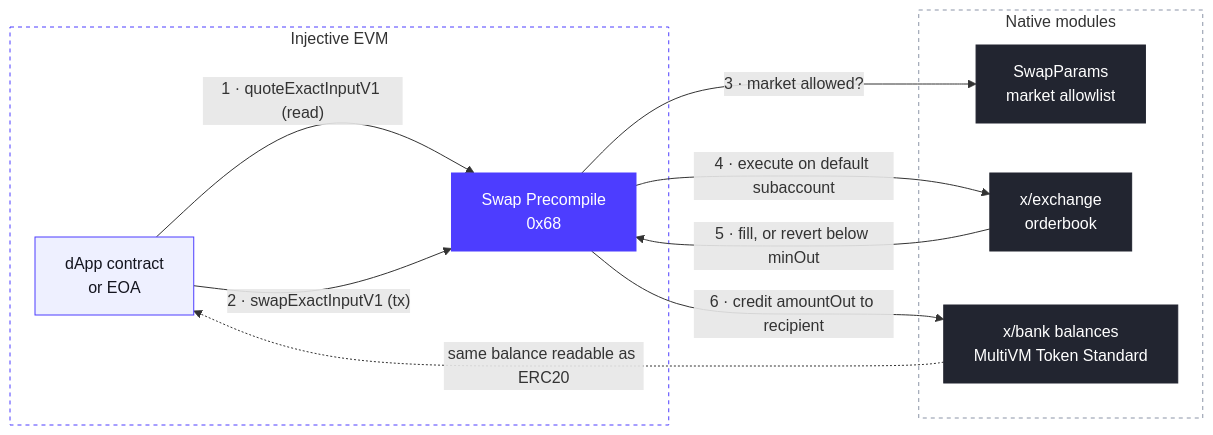
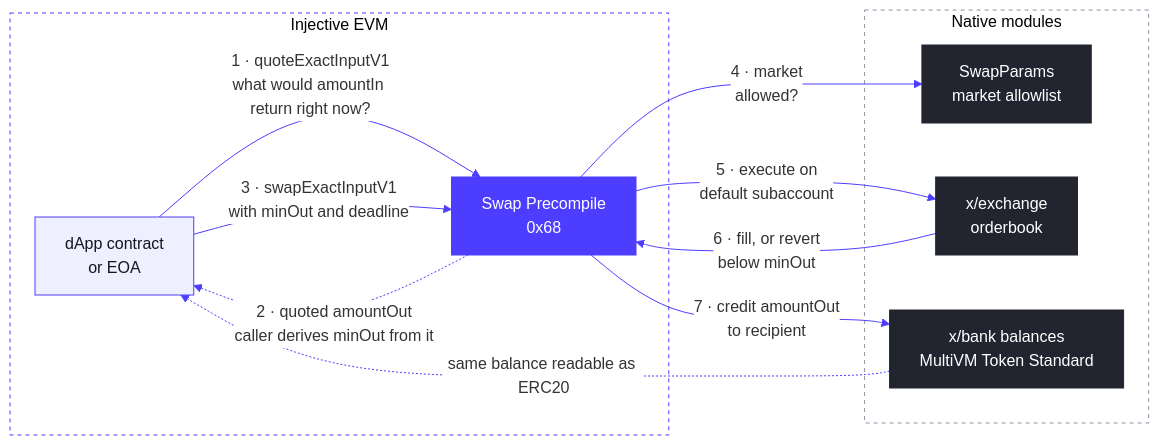
The diagram in .gitbook/developers-evm/swap-precompile.mdx (InjectiveLabs/injective-docs), drawn with Mermaid before and after one commit. The commit also changed other lines of this file, not shown here.

````diff
--- a/.gitbook/developers-evm/swap-precompile.mdx
+++ b/.gitbook/developers-evm/swap-precompile.mdx
@@ -16,28 +16,30 @@
 ```mermaid
+%%{init: {"theme": "base", "themeVariables": {"background": "#FFFFFF", "primaryColor": "#FFFFFF", "lineColor": "#4D3DFF", "textColor": "#14151F"}}}%%
 flowchart LR
     subgraph EVM["Injective EVM"]
         CALLER["dApp contract<br/>or EOA"]
         SWAP["Swap Precompile<br/>0x68"]
     end
     subgraph NATIVE["Native modules"]
         PARAMS["SwapParams<br/>market allowlist"]
         EXCH["x/exchange<br/>orderbook"]
         BANK["x/bank balances<br/>MultiVM Token Standard"]
     end
-    CALLER -->|"1 · quoteExactInputV1 (read)"| SWAP
-    CALLER -->|"2 · swapExactInputV1 (tx)"| SWAP
-    SWAP -->|"3 · market allowed?"| PARAMS
-    SWAP -->|"4 · execute on default subaccount"| EXCH
-    EXCH -->|"5 · fill, or revert below minOut"| SWAP
-    SWAP -->|"6 · credit amountOut to recipient"| BANK
+    CALLER -->|"1 · quoteExactInputV1<br/>what would amountIn return right now?"| SWAP
+    SWAP -.->|"2 · quoted amountOut<br/>caller derives minOut from it"| CALLER
+    CALLER -->|"3 · swapExactInputV1<br/>with minOut and deadline"| SWAP
+    SWAP -->|"4 · market<br/>allowed?"| PARAMS
+    SWAP -->|"5 · execute on<br/>default subaccount"| EXCH
+    EXCH -->|"6 · fill, or revert<br/>below minOut"| SWAP
+    SWAP -->|"7 · credit amountOut<br/>to recipient"| BANK
     BANK -.->|"same balance readable as ERC20"| CALLER
 
     classDef caller fill:#EEF0FF,stroke:#4D3DFF,color:#14151F
     classDef precompile fill:#4D3DFF,stroke:#4D3DFF,color:#FFFFFF
     classDef native fill:#222530,stroke:#222530,color:#FFFFFF
     class CALLER caller
     class SWAP precompile
     class PARAMS,EXCH,BANK native
-    style EVM fill:transparent,stroke:#4D3DFF,stroke-dasharray:4
-    style NATIVE fill:transparent,stroke:#8B94A7,stroke-dasharray:4
+    style EVM fill:#FFFFFF,stroke:#4D3DFF,stroke-dasharray:4
+    style NATIVE fill:#FFFFFF,stroke:#8B94A7,stroke-dasharray:4
 ```
````
